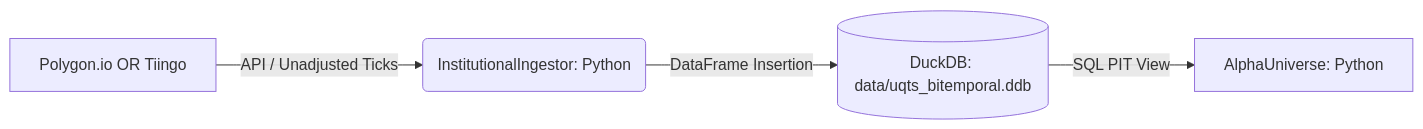
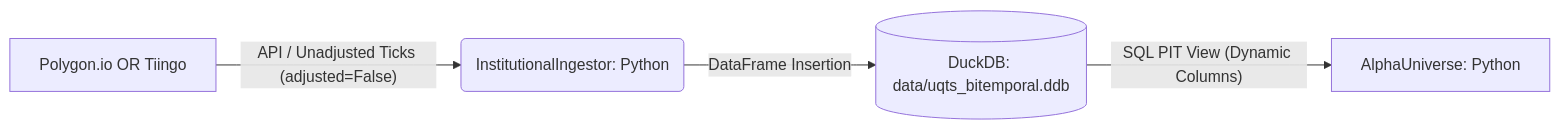
One commit to abhishek-jana/QTS2026 changed the first of 4 diagrams in docs/ARCHITECTURE_DIAGRAMS.md. Above: the diagram before and after it, drawn with Mermaid. The commit also changed other lines of this file and 3 other files, not shown here.

Commit message:
Docs: Synchronized all architectural diagrams, research logs, and PRDs with the Quad-Modality Gating baseline.

````diff
--- a/docs/ARCHITECTURE_DIAGRAMS.md
+++ b/docs/ARCHITECTURE_DIAGRAMS.md
@@ -4,6 +4,6 @@
 ```mermaid
 graph LR
-    A[Polygon.io OR Tiingo] -- API / Unadjusted Ticks --> B(InstitutionalIngestor: Python)
+    A[Polygon.io OR Tiingo] -- "API / Unadjusted Ticks (adjusted=False)" --> B(InstitutionalIngestor: Python)
     B -- DataFrame Insertion --> C[(DuckDB: data/uqts_bitemporal.ddb)]
-    C -- SQL PIT View --> D[AlphaUniverse: Python]
+    C -- "SQL PIT View (Dynamic Columns)" --> D[AlphaUniverse: Python]
 ```
````
